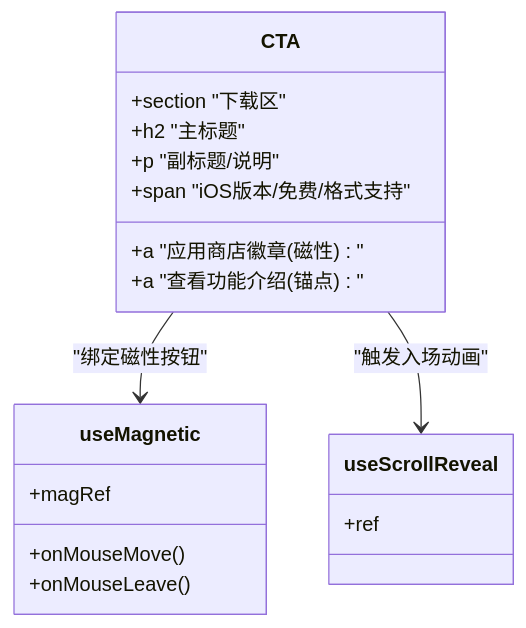
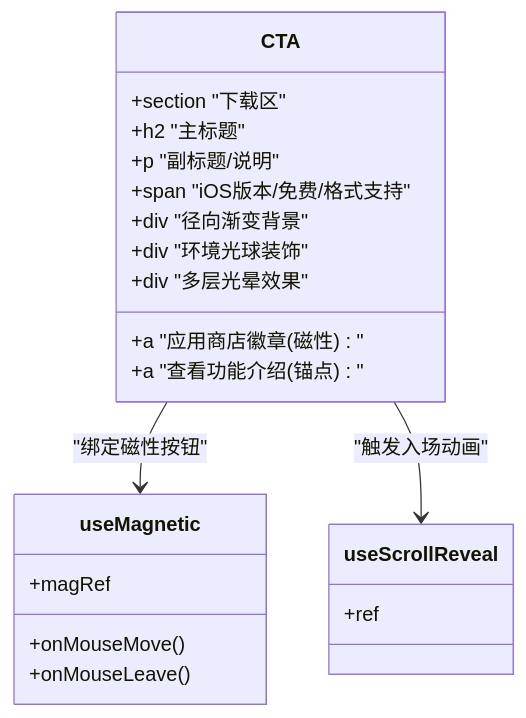
One commit to Primoguo/naolizhi.cn changed the second of 5 diagrams in .qoder/repowiki/zh/content/架构设计/组件架构/页面组件/CTA组件.md. Above: the diagram before and after it, drawn with Mermaid. The commit also changed other lines of this file and 23 other files, not shown here.

````diff
--- a/.qoder/repowiki/zh/content/架构设计/组件架构/页面组件/CTA组件.md
+++ b/.qoder/repowiki/zh/content/架构设计/组件架构/页面组件/CTA组件.md
@@ -76,21 +89,24 @@
 ```mermaid
 classDiagram
 class CTA {
 +section "下载区"
 +h2 "主标题"
 +p "副标题/说明"
 +a "应用商店徽章(磁性)"
 +a "查看功能介绍(锚点)"
 +span "iOS版本/免费/格式支持"
++div "径向渐变背景"
++div "环境光球装饰"
++div "多层光晕效果"
 }
 class useMagnetic {
 +magRef
 +onMouseMove()
 +onMouseLeave()
 }
 class useScrollReveal {
 +ref
 }
 CTA --> useMagnetic : "绑定磁性按钮"
 CTA --> useScrollReveal : "触发入场动画"
 ```
````
